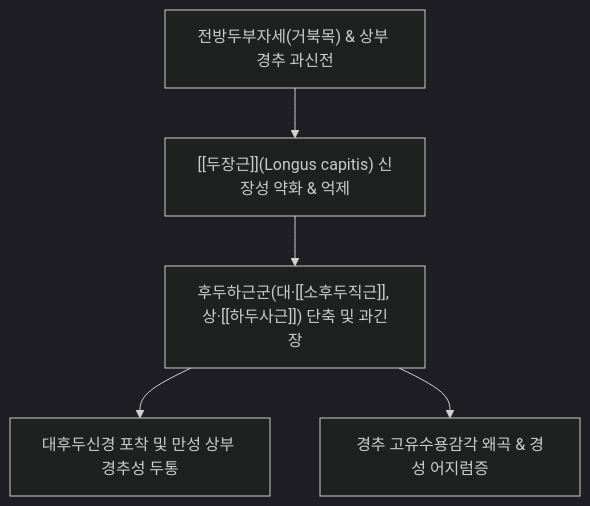
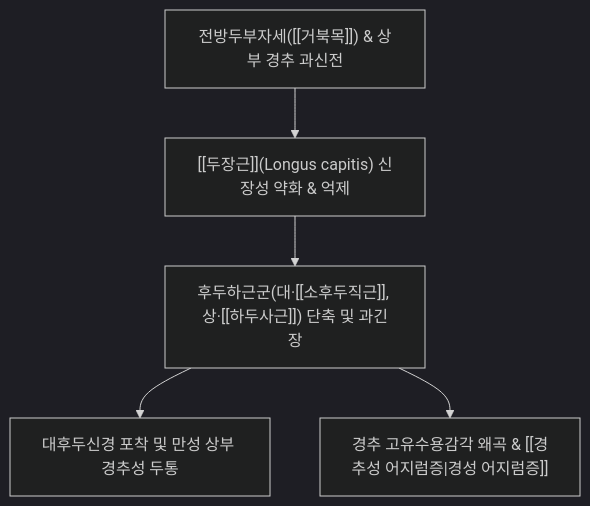
Before and after one commit to simbio11/simbio-digital-garden2: the second of 3 diagrams in content/1. 근골격계 공부/근육/(2) 경부/두장근.md, drawn with Mermaid (dark theme). The commit also changed other lines of this file and 150 other files, not shown here.

````diff
--- a/content/1. 근골격계 공부/근육/(2) 경부/두장근.md
+++ b/content/1. 근골격계 공부/근육/(2) 경부/두장근.md
@@ -52,7 +64,7 @@
 ```mermaid
 graph TD
-    ForwardHeadPosture["전방두부자세(거북목) & 상부 경추 과신전"] --> CapitisInhibition["[[두장근]](Longus capitis) 신장성 약화 & 억제"]
+    ForwardHeadPosture["전방두부자세([[거북목]]) & 상부 경추 과신전"] --> CapitisInhibition["[[두장근]](Longus capitis) 신장성 약화 & 억제"]
     CapitisInhibition --> SuboccipitalShortening["후두하근군(대·[[소후두직근]], 상·[[하두사근]]) 단축 및 과긴장"]
     SuboccipitalShortening --> OccipitalNeuralgia["대후두신경 포착 및 만성 상부 경추성 두통"]
-    SuboccipitalShortening --> ProprioceptiveDeficit["경추 고유수용감각 왜곡 & 경성 어지럼증"]
+    SuboccipitalShortening --> ProprioceptiveDeficit["경추 고유수용감각 왜곡 & [[경추성 어지럼증|경성 어지럼증]]"]
 ```
````
